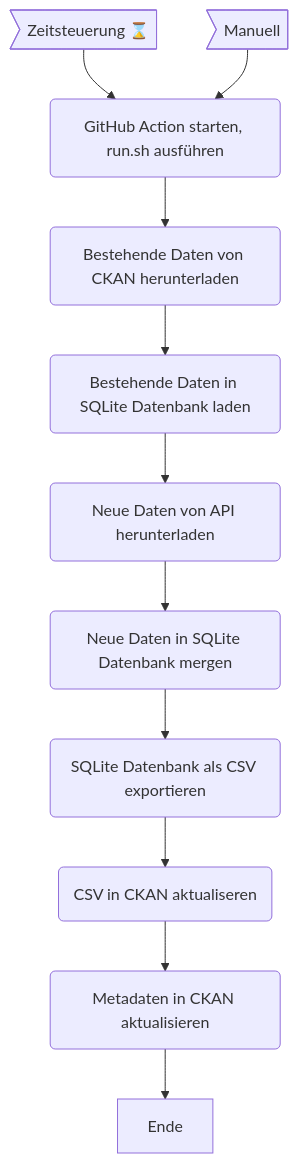
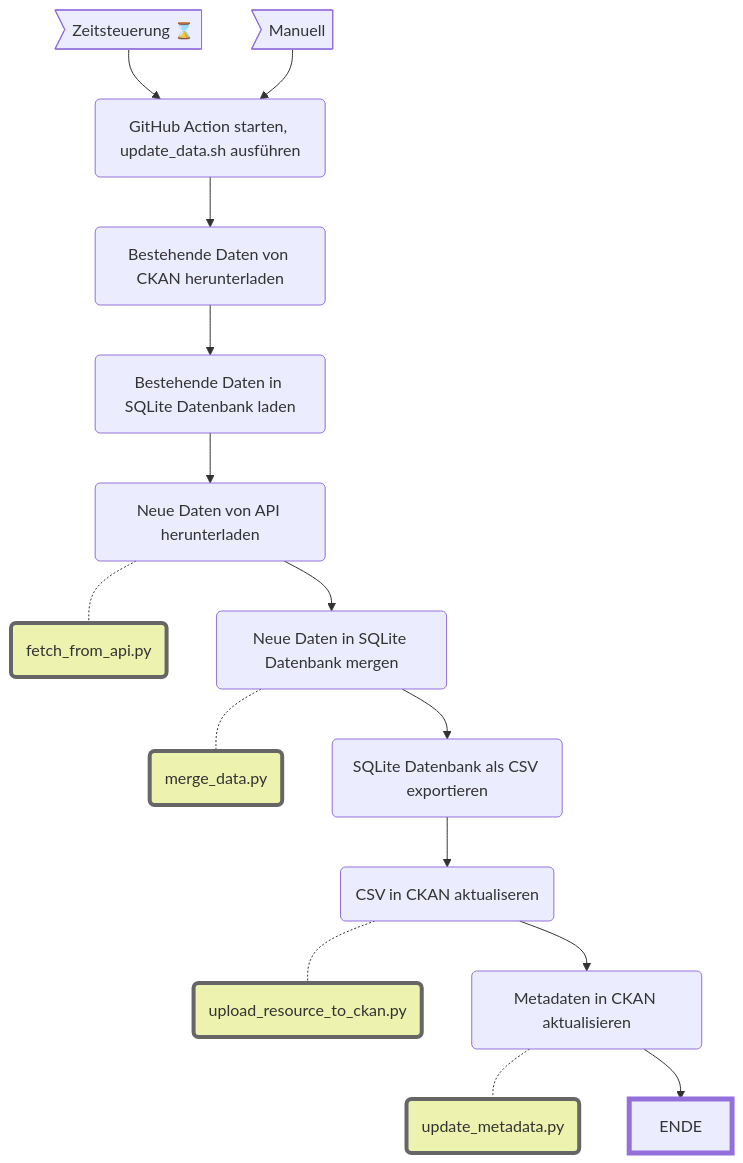
The diagram in automation/vbz_frequenzen_hardbruecke/README.md (opendatazurich/opendatazurich.github.io), drawn with Mermaid before and after one commit. The commit also changed other lines of this file, not shown here.

````diff
--- a/automation/vbz_frequenzen_hardbruecke/README.md
+++ b/automation/vbz_frequenzen_hardbruecke/README.md
@@ -16,16 +16,22 @@
 ```mermaid
-flowchart TD
+flowchart TB
     Zeit>"Zeitsteuerung ⌛️"]
     Manuell>"Manuell"]
-    Start(GitHub Action starten, run.sh ausführen)
+    Start(GitHub Action starten, update_data.sh ausführen)
     Zeit --> Start
     Manuell --> Start
     Start --> DatenVonCKAN(Bestehende Daten von CKAN herunterladen)
     DatenVonCKAN --> DatenInDB(Bestehende Daten in SQLite Datenbank laden)
-    DatenInDB --> FTP(Neue Daten von API herunterladen)
-    FTP --> Merge(Neue Daten in SQLite Datenbank mergen)
+    DatenInDB --> API(Neue Daten von API herunterladen)
+    API -.- fetch(fetch_from_api.py):::script
+    API --> Merge(Neue Daten in SQLite Datenbank mergen)
+    Merge -.- merge(merge_data.py):::script
     Merge --> Export(SQLite Datenbank als CSV exportieren)
     Export --> DataUpdate(CSV in CKAN aktualiseren)
+    DataUpdate -.- upload(upload_resource_to_ckan.py):::script
     DataUpdate --> MetadataUpdate(Metadaten in CKAN aktualisieren)
-    MetadataUpdate --> Ende
+    MetadataUpdate -.- updatemetadata(update_metadata.py):::script
+    MetadataUpdate --> ENDE
+    style ENDE stroke-width:5px
+    classDef script fill:#EDF2AE,stroke:#666,stroke-width:4px
 ```
````
